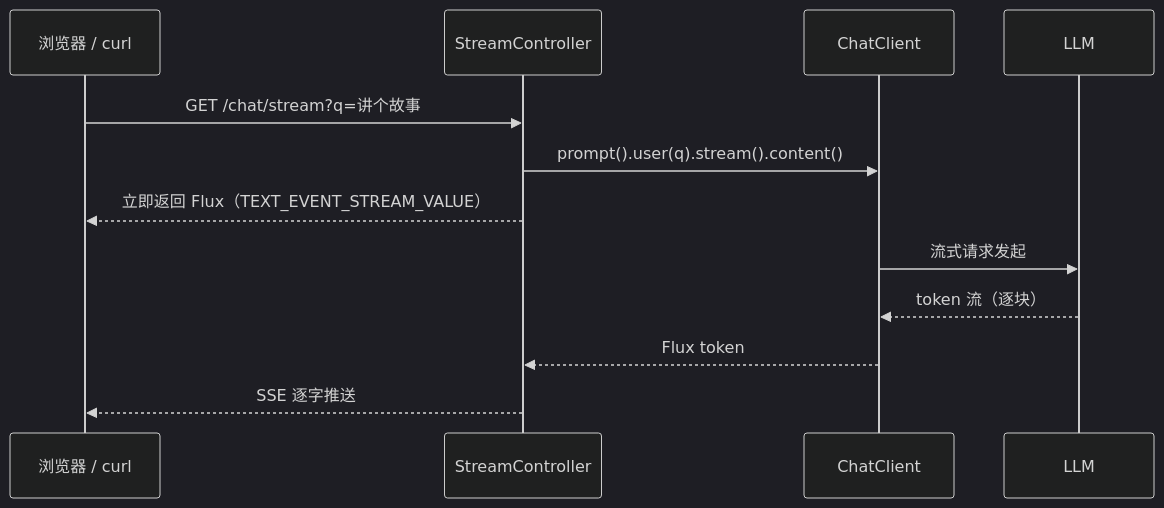
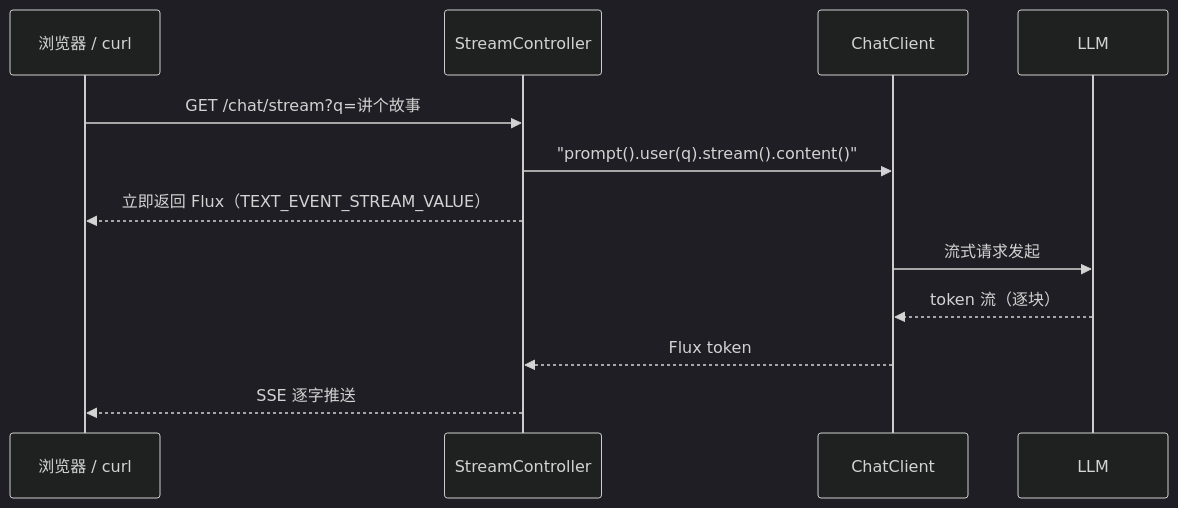
The first of 3 diagrams in docs/tutorials/spring-ai/06-流式与多模型.md (UranusGit/java-agent-learn), drawn with Mermaid (dark theme) before and after one commit. The commit also changed 137 other files, not shown here.

First line of the commit message:
docs全库mermaid图质量深化：改写残留字符画、补缺图、修坏图

````diff
--- a/docs/tutorials/spring-ai/06-流式与多模型.md
+++ b/docs/tutorials/spring-ai/06-流式与多模型.md
@@ -79,14 +79,14 @@
 ```mermaid
 sequenceDiagram
     participant Browser as 浏览器 / curl
     participant Ctl as StreamController
     participant CC as ChatClient
     participant LLM as LLM
     Browser->>Ctl: GET /chat/stream?q=讲个故事
-    Ctl->>CC: prompt().user(q).stream().content()
+    Ctl->>CC: "prompt().user(q).stream().content()"
     Ctl-->>Browser: 立即返回 Flux（TEXT_EVENT_STREAM_VALUE）
     CC->>LLM: 流式请求发起
     LLM-->>CC: token 流（逐块）
     CC-->>Ctl: Flux token
     Ctl-->>Browser: SSE 逐字推送
 ```
````
